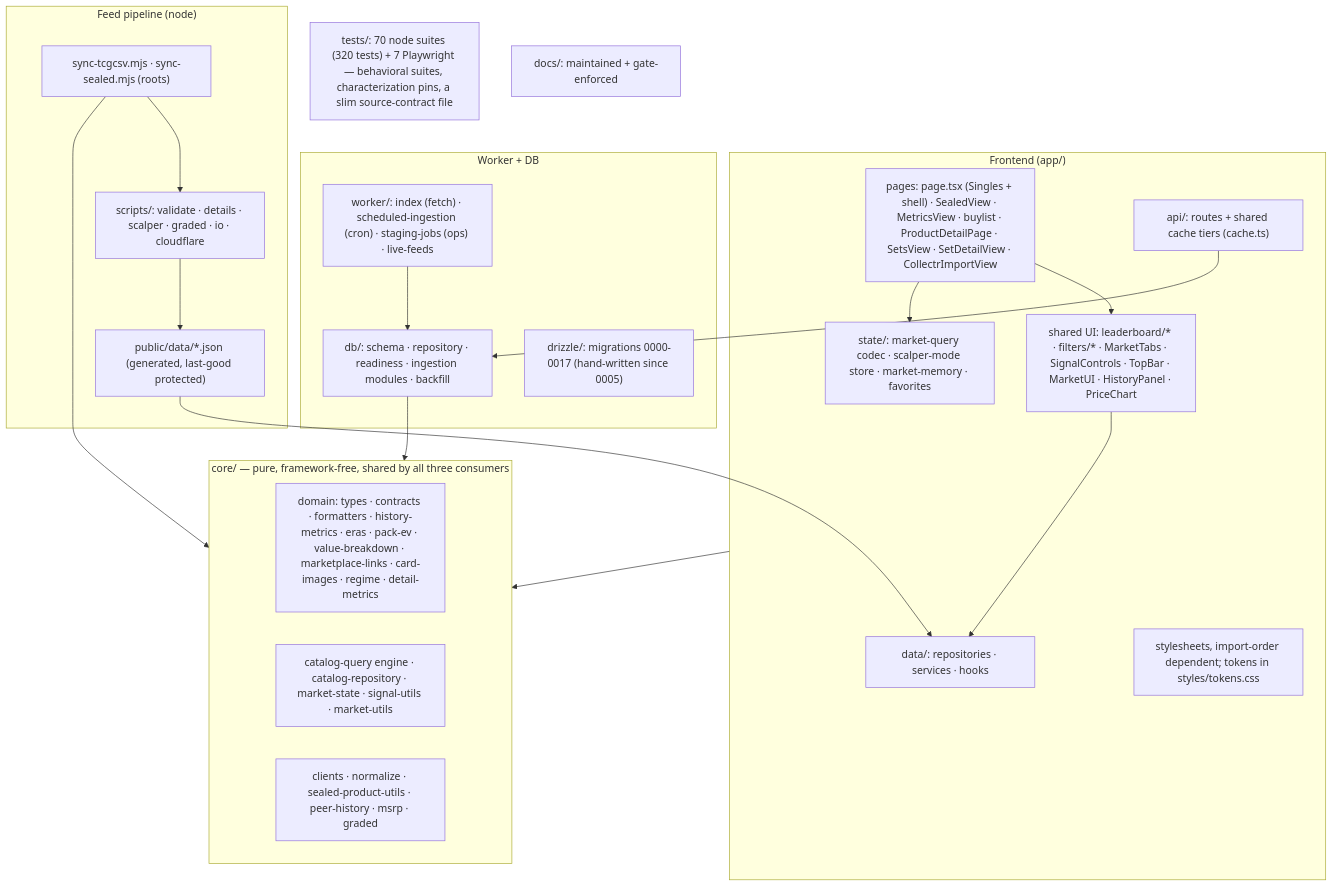
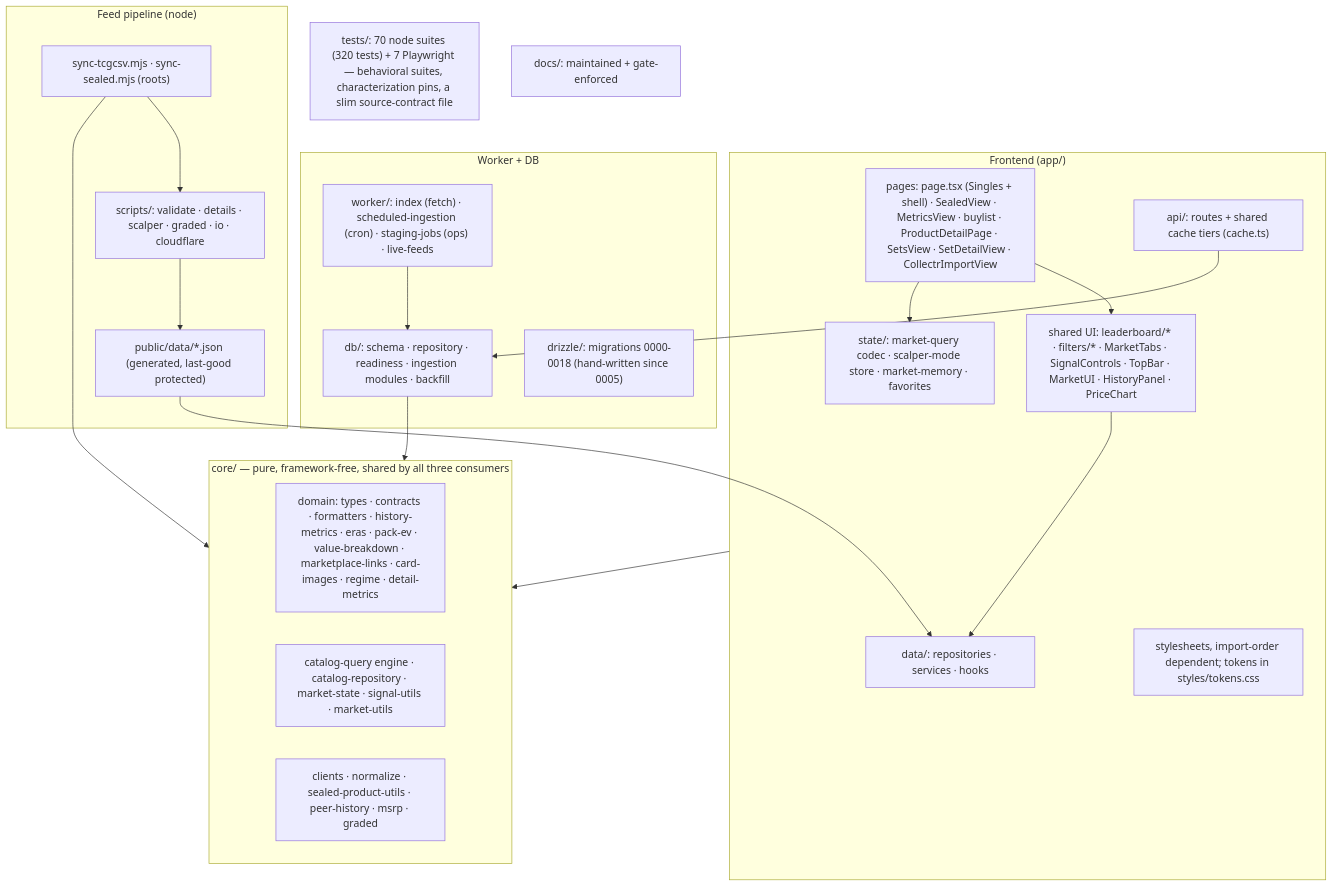
One commit to cjord/rawsignal changed the first of 3 diagrams in docs/helicopter-view.md. Above: the diagram before and after it, drawn with Mermaid. The commit also changed other lines of this file and 26 other files, not shown here.

````diff
--- a/docs/helicopter-view.md
+++ b/docs/helicopter-view.md
@@ -19,38 +19,38 @@
 ```mermaid
 flowchart TB
   subgraph frontend["Frontend (app/)"]
     pages["pages: page.tsx (Singles + shell) · SealedView · MetricsView · buylist · ProductDetailPage · SetsView · SetDetailView · CollectrImportView"]
     prims["shared UI: leaderboard/* · filters/* · MarketTabs · SignalControls · TopBar · MarketUI · HistoryPanel · PriceChart"]
     state["state/: market-query codec · scalper-mode store · market-memory · favorites"]
     dataL["data/: repositories · services · hooks"]
     api["api/: routes + shared cache tiers (cache.ts)"]
     css["stylesheets, import-order dependent; tokens in styles/tokens.css"]
   end
   subgraph core["core/ — pure, framework-free, shared by all three consumers"]
     domain["domain: types · contracts · formatters · history-metrics · eras · pack-ev · value-breakdown · marketplace-links · card-images · regime · detail-metrics"]
     engine["catalog-query engine · catalog-repository · market-state · signal-utils · market-utils"]
     pipe["clients · normalize · sealed-product-utils · peer-history · msrp · graded"]
   end
   subgraph backend["Worker + DB"]
     worker["worker/: index (fetch) · scheduled-ingestion (cron) · staging-jobs (ops) · live-feeds"]
     db["db/: schema · repository · readiness · ingestion modules · backfill"]
-    drizzle["drizzle/: migrations 0000-0017 (hand-written since 0005)"]
+    drizzle["drizzle/: migrations 0000-0018 (hand-written since 0005)"]
   end
   subgraph pipeline["Feed pipeline (node)"]
     sync["sync-tcgcsv.mjs · sync-sealed.mjs (roots)"]
     scripts["scripts/: validate · details · scalper · graded · io · cloudflare"]
     feeds["public/data/*.json (generated, last-good protected)"]
   end
   tests["tests/: 70 node suites (320 tests) + 7 Playwright — behavioral suites, characterization pins, a slim source-contract file"]
   docs["docs/: maintained + gate-enforced"]
 
   pages --> prims --> dataL
   pages --> state
   frontend --> core
   api --> db
   worker --> db
   db --> core
   sync --> scripts --> feeds
   sync --> core
   feeds --> dataL
 ```
````
